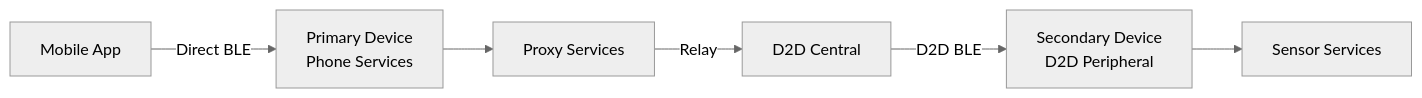
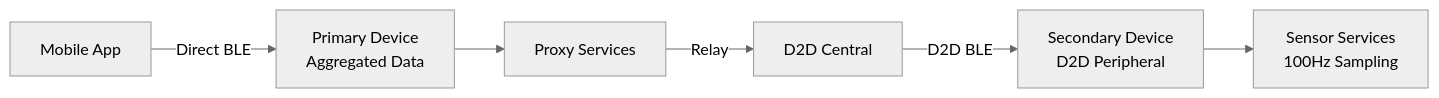
One commit to Botz-Limited/sensing_system-Zephyr changed the second of 3 diagrams in docs/Bluetooth_GATT_Specification.md. Above: the diagram before and after it, drawn with Mermaid (neutral theme). The commit also changed other lines of this file and 2 other files, not shown here.

Commit message:
fixed mobile phone disconnect/reconnect firmware freese during activity

````diff
--- a/docs/Bluetooth_GATT_Specification.md
+++ b/docs/Bluetooth_GATT_Specification.md
@@ -164,8 +98,8 @@
 ```mermaid
 flowchart LR
-    PHONE[Mobile App] -->|Direct BLE| P1[Primary Device<br/>Phone Services]
+    PHONE[Mobile App] -->|Direct BLE| P1[Primary Device<br/>Aggregated Data]
     P1 --> P3[Proxy Services]
     P3 -->|Relay| P2[D2D Central]
     P2 -->|D2D BLE| S1[Secondary Device<br/>D2D Peripheral]
-    S1 --> S2[Sensor Services]
+    S1 --> S2[Sensor Services<br/>100Hz Sampling]
 ```
````
